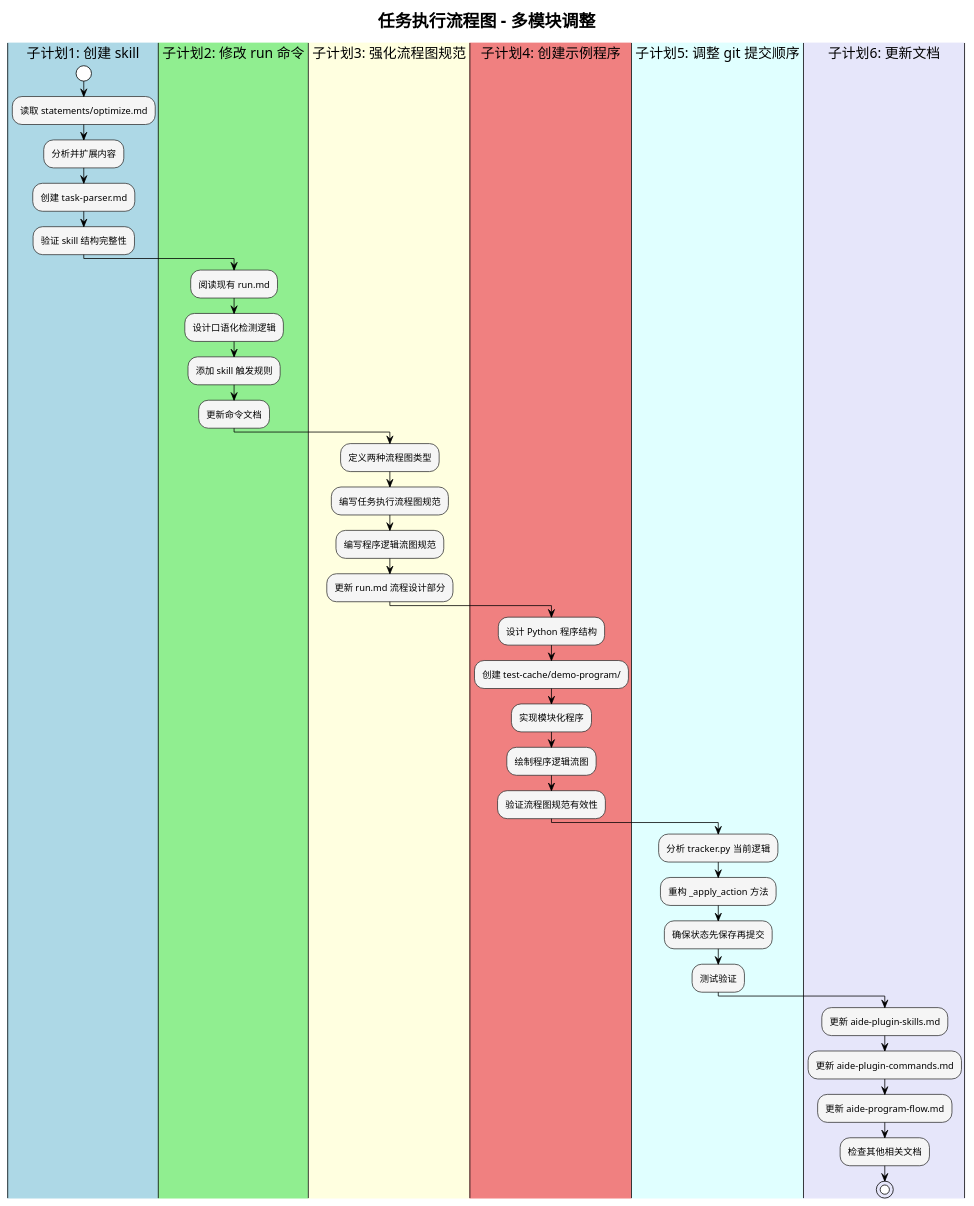
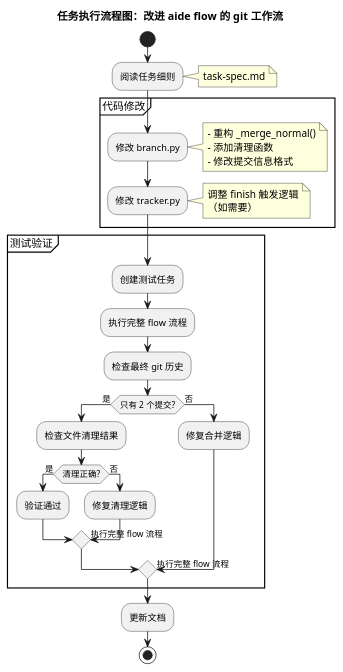
The diagram in .aide/diagrams/task-flow.puml (sayurinana/agent-aide), drawn with PlantUML before and after one commit. The commit also changed 13 other files, not shown here.

```diff
--- a/.aide/diagrams/task-flow.puml
+++ b/.aide/diagrams/task-flow.puml
@@ -1,48 +1,45 @@
 @startuml task-flow
-!theme plain
-skinparam backgroundColor #FFFFFF
-skinparam activityBackgroundColor #F5F5F5
-skinparam activityBorderColor #333333
+title 任务执行流程图：改进 aide flow 的 git 工作流
 
-title 任务执行流程图 - 多模块调整
+start
+:阅读任务细则;
+note right: task-spec.md
 
-|#LightBlue|子计划1: 创建 skill|
-start
-:读取 statements/optimize.md;
-:分析并扩展内容;
-:创建 task-parser.md;
-:验证 skill 结构完整性;
+partition "代码修改" {
+  :修改 branch.py;
+  note right
+    - 重构 _merge_normal()
+    - 添加清理函数
+    - 修改提交信息格式
+  end note
 
-|#LightGreen|子计划2: 修改 run 命令|
-:阅读现有 run.md;
-:设计口语化检测逻辑;
-:添加 skill 触发规则;
-:更新命令文档;
+  :修改 tracker.py;
+  note right
+    调整 finish 触发逻辑
+    （如需要）
+  end note
+}
 
-|#LightYellow|子计划3: 强化流程图规范|
-:定义两种流程图类型;
-:编写任务执行流程图规范;
-:编写程序逻辑流图规范;
-:更新 run.md 流程设计部分;
+partition "测试验证" {
+  :创建测试任务;
+  :执行完整 flow 流程;
+  :检查最终 git 历史;
 
-|#LightCoral|子计划4: 创建示例程序|
-:设计 Python 程序结构;
-:创建 test-cache/demo-program/;
-:实现模块化程序;
-:绘制程序逻辑流图;
-:验证流程图规范有效性;
+  if (只有 2 个提交?) then (是)
+    :检查文件清理结果;
+    if (清理正确?) then (是)
+      :验证通过;
+    else (否)
+      :修复清理逻辑;
+      -> 执行完整 flow 流程;
+    endif
+  else (否)
+    :修复合并逻辑;
+    -> 执行完整 flow 流程;
+  endif
+}
 
-|#LightCyan|子计划5: 调整 git 提交顺序|
-:分析 tracker.py 当前逻辑;
-:重构 _apply_action 方法;
-:确保状态先保存再提交;
-:测试验证;
+:更新文档;
+stop
 
-|#Lavender|子计划6: 更新文档|
-:更新 aide-plugin-skills.md;
-:更新 aide-plugin-commands.md;
-:更新 aide-program-flow.md;
-:检查其他相关文档;
-
-stop
 @enduml
```
